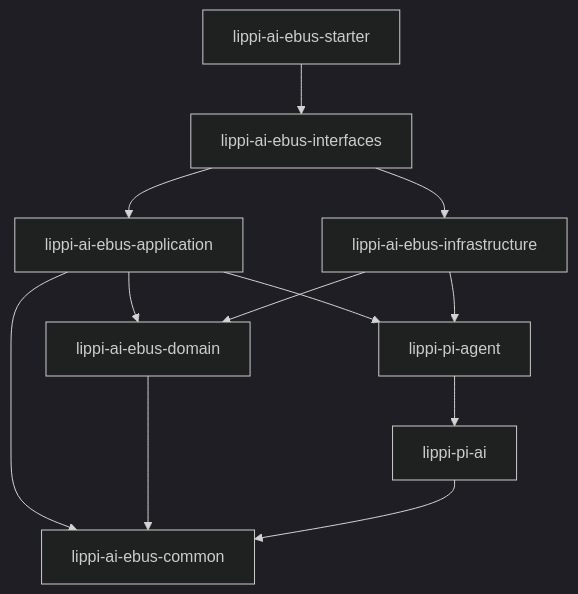
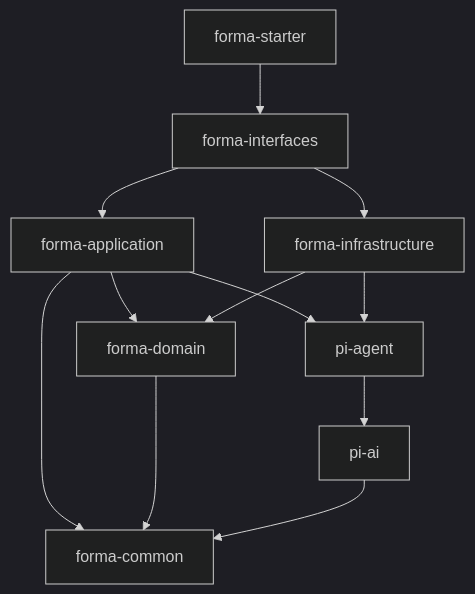
Before and after one commit to xiaoyanwjw/forma: the second of 3 diagrams in sdd/planning-artifacts/architecture/architecture-lippi-ai-ebusiness-2026-09-24/ARCHITECTURE-SPINE.md, drawn with Mermaid (dark theme). The commit also changed other lines of this file and 1353 other files, not shown here.

First line of the commit message:
Rename the product from ebus to forma and drop unused MinIO.

````diff
--- a/sdd/planning-artifacts/architecture/architecture-lippi-ai-ebusiness-2026-09-24/ARCHITECTURE-SPINE.md
+++ b/sdd/planning-artifacts/architecture/architecture-lippi-ai-ebusiness-2026-09-24/ARCHITECTURE-SPINE.md
@@ -146,14 +146,14 @@
 ```mermaid
 flowchart TB
-  starter[lippi-ai-ebus-starter] --> interfaces[lippi-ai-ebus-interfaces]
-  interfaces --> application[lippi-ai-ebus-application]
-  application --> domain[lippi-ai-ebus-domain]
-  application --> pi_agent[lippi-pi-agent]
-  pi_agent --> pi_ai[lippi-pi-ai]
-  infrastructure[lippi-ai-ebus-infrastructure] --> domain
+  starter[forma-starter] --> interfaces[forma-interfaces]
+  interfaces --> application[forma-application]
+  application --> domain[forma-domain]
+  application --> pi_agent[pi-agent]
+  pi_agent --> pi_ai[pi-ai]
+  infrastructure[forma-infrastructure] --> domain
   infrastructure --> pi_agent
   interfaces --> infrastructure
-  application --> common[lippi-ai-ebus-common]
+  application --> common[forma-common]
   domain --> common
   pi_ai --> common
 ```
````
